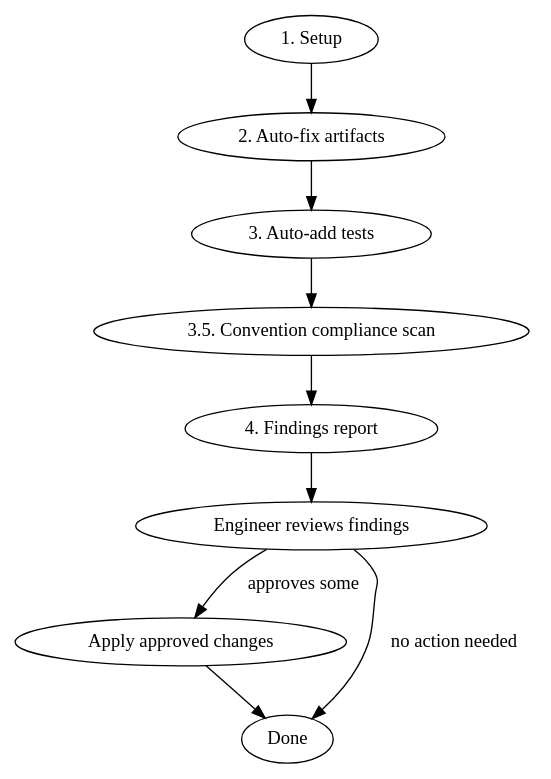
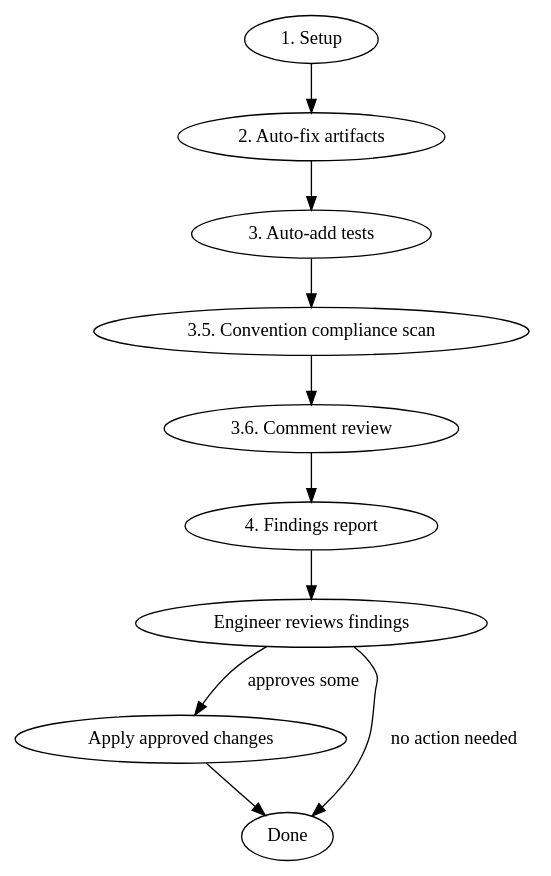
Before and after one commit to entorenee/dotfiles: the diagram in modules/home/claude/config/skills/code-hygiene/SKILL.md, drawn with Graphviz. The commit also changed other lines of this file and 2 other files, not shown here.

Commit message:
feat(claude): add comment review skill

````diff
--- a/modules/home/claude/config/skills/code-hygiene/SKILL.md
+++ b/modules/home/claude/config/skills/code-hygiene/SKILL.md
@@ -48,13 +48,14 @@
 ```dot
 digraph code_hygiene {
   rankdir=TB;
   "1. Setup" -> "2. Auto-fix artifacts";
   "2. Auto-fix artifacts" -> "3. Auto-add tests";
   "3. Auto-add tests" -> "3.5. Convention compliance scan";
-  "3.5. Convention compliance scan" -> "4. Findings report";
+  "3.5. Convention compliance scan" -> "3.6. Comment review";
+  "3.6. Comment review" -> "4. Findings report";
   "4. Findings report" -> "Engineer reviews findings";
   "Engineer reviews findings" -> "Apply approved changes" [label="approves some"];
   "Engineer reviews findings" -> "Done" [label="no action needed"];
   "Apply approved changes" -> "Done";
 }
 ```
````
